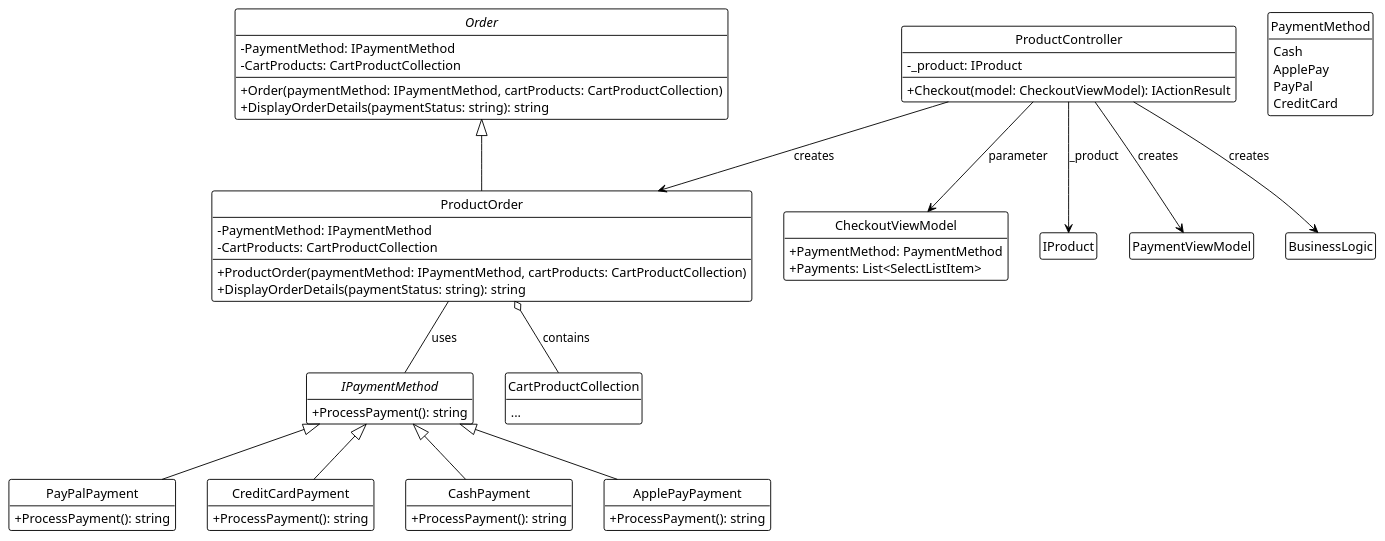
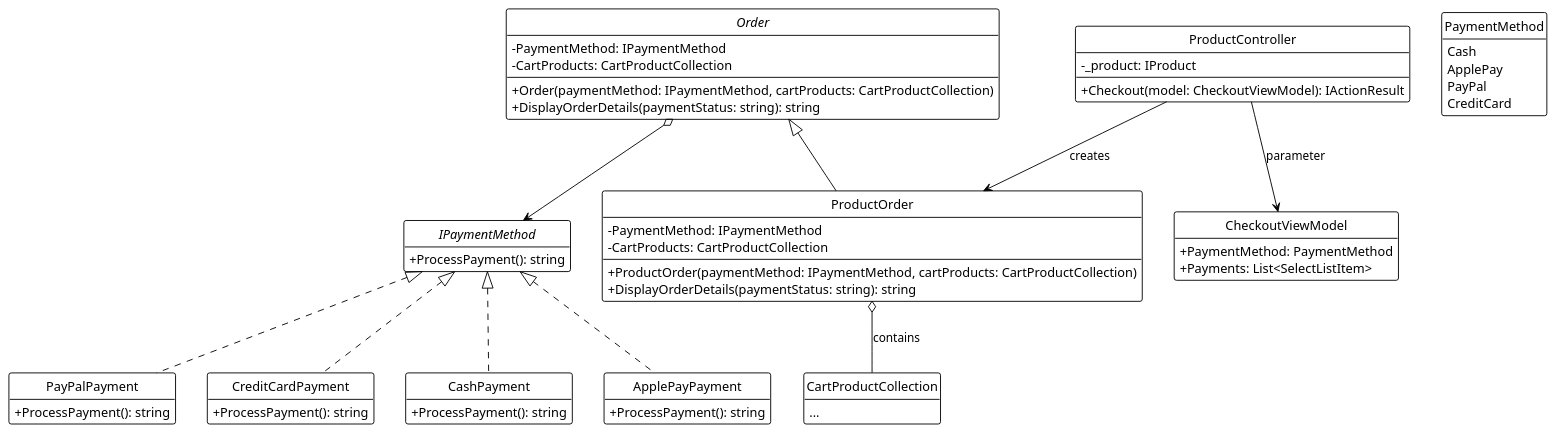
Before and after one commit to TibirnaVitalie/Proiect-TMPS: the diagram in UML/Bridge.puml, drawn with PlantUML. The commit also changed 9 other files, not shown here.

Commit message:
UML updates

```diff
--- a/UML/Bridge.puml
+++ b/UML/Bridge.puml
@@ -1,81 +1,78 @@
 @startuml
 !theme plain
 hide circle
 hide empty members
 skinparam classAttributeIconSize 0
 
 interface IPaymentMethod {
     + ProcessPayment(): string
 }
 
 enum PaymentMethod {
     Cash
     ApplePay
     PayPal
     CreditCard
 }
 
 class CheckoutViewModel {
     + PaymentMethod: PaymentMethod
     + Payments: List<SelectListItem>
 }
 
 class CartProductCollection {
     ...
 }
 
 class ProductOrder {
     - PaymentMethod: IPaymentMethod
     - CartProducts: CartProductCollection
     --
     + ProductOrder(paymentMethod: IPaymentMethod, cartProducts: CartProductCollection)
     + DisplayOrderDetails(paymentStatus: string): string
 }
 
 class PayPalPayment {
     + ProcessPayment(): string
 }
 
 abstract class Order {
     - PaymentMethod: IPaymentMethod
     - CartProducts: CartProductCollection
     --
     + Order(paymentMethod: IPaymentMethod, cartProducts: CartProductCollection)
     + DisplayOrderDetails(paymentStatus: string): string
 }
 
 class CreditCardPayment {
     + ProcessPayment(): string
 }
 
 class CashPayment {
     + ProcessPayment(): string
 }
 
 class ApplePayPayment {
     + ProcessPayment(): string
 }
 
 class ProductController {
     - _product: IProduct
     --
     + Checkout(model: CheckoutViewModel): IActionResult
 }
 
-IPaymentMethod <|-- PayPalPayment
-IPaymentMethod <|-- CreditCardPayment
-IPaymentMethod <|-- CashPayment
-IPaymentMethod <|-- ApplePayPayment
+IPaymentMethod <|.. PayPalPayment
+IPaymentMethod <|.. CreditCardPayment
+IPaymentMethod <|.. CashPayment
+IPaymentMethod <|.. ApplePayPayment
 
-ProductOrder -- IPaymentMethod: uses
 ProductOrder o-- CartProductCollection: contains
 
+Order o--> IPaymentMethod
 Order <|-- ProductOrder
 
-ProductController --> IProduct: _product
 ProductController --> CheckoutViewModel: parameter
 ProductController --> ProductOrder: creates
-ProductController --> PaymentViewModel: creates
-ProductController --> BusinessLogic: creates
 
 @enduml
```
